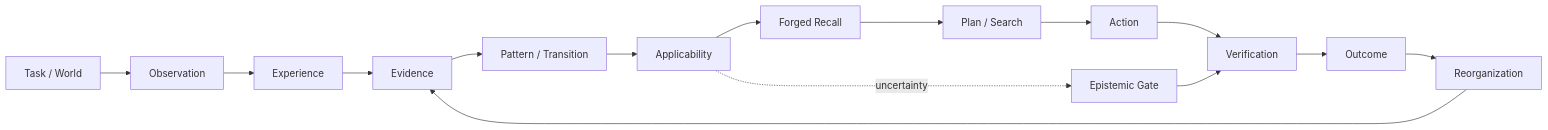
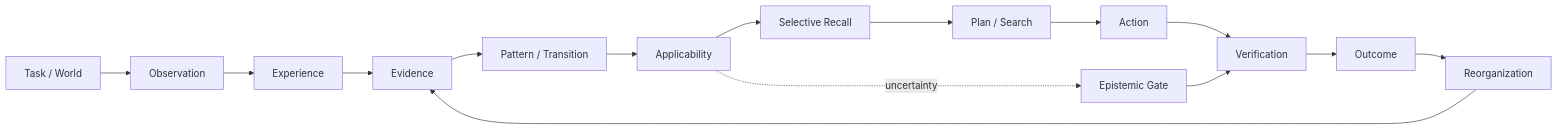
The first of 3 diagrams in README.md (userist123/AI_Memory_Vault_CODEX_READY), drawn with Mermaid before and after one commit. The commit also changed other lines of this file, not shown here.

````diff
--- a/README.md
+++ b/README.md
@@ -55,17 +132,17 @@
 ```mermaid
 flowchart LR
     T[Task / World] --> O[Observation]
     O --> E[Experience]
     E --> EV[Evidence]
     EV --> P[Pattern / Transition]
     P --> A[Applicability]
-    A --> F[Forged Recall]
+    A --> F[Selective Recall]
     F --> PL[Plan / Search]
     PL --> X[Action]
     X --> V[Verification]
     V --> R[Outcome]
     R --> RE[Reorganization]
     RE --> EV
     A -. uncertainty .-> G[Epistemic Gate]
     G --> V
 ```
````
